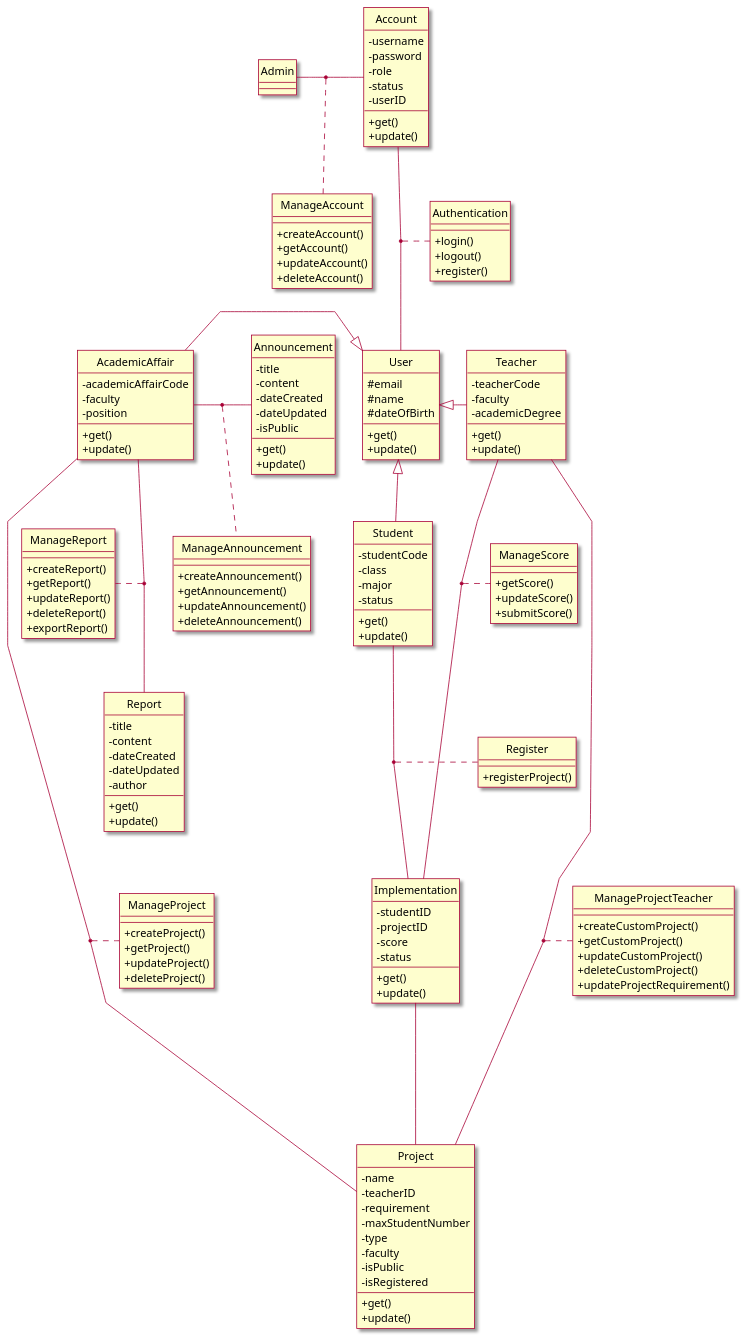
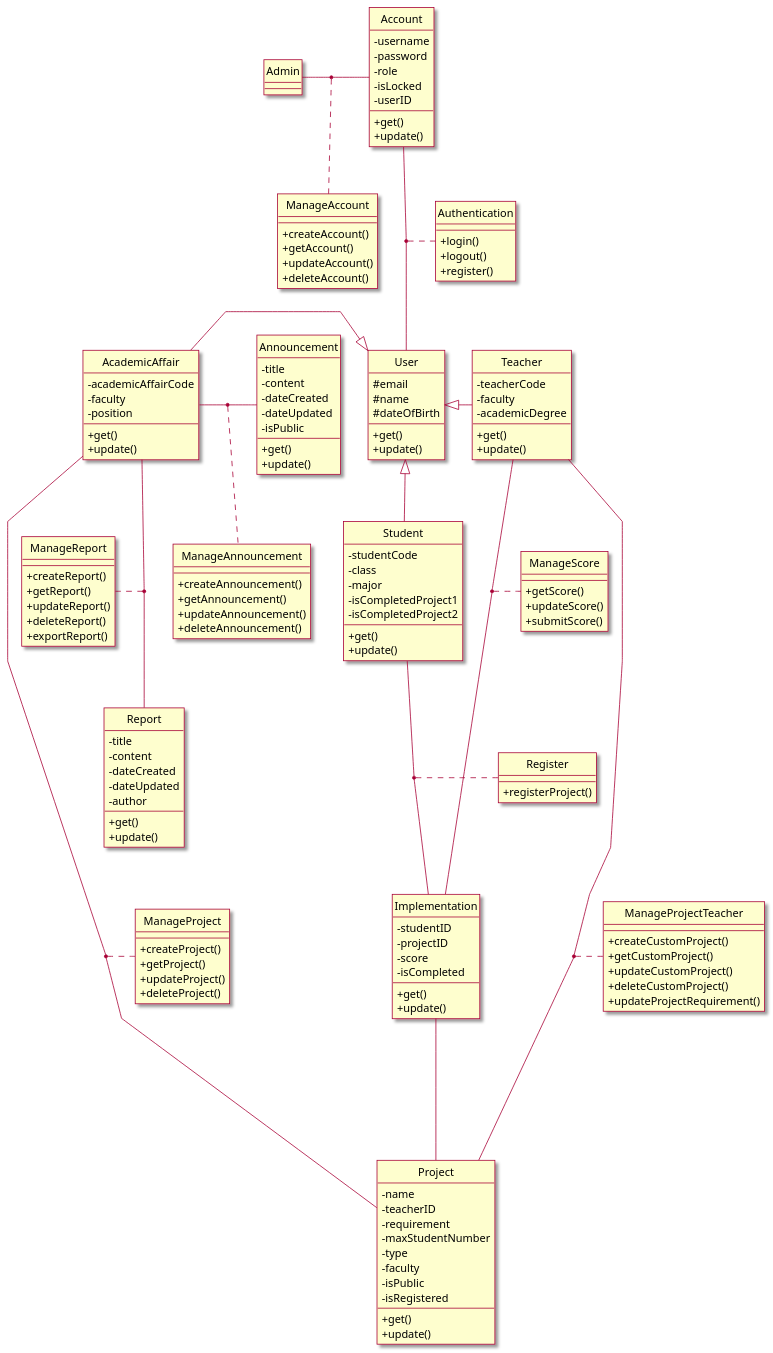
Before and after one commit to Marowota/SE100-plantuml: the diagram in Class Diagram/Class.puml, drawn with PlantUML.

Commit message:
Update class diagram

```diff
--- a/Class Diagram/Class.puml
+++ b/Class Diagram/Class.puml
@@ -1,177 +1,178 @@
 @startuml Class Diagram
 
 skin rose
 skinparam classAttributeIconSize 0
 ' skinparam linetype ortho
 skinparam linetype polyline
 hide circle
 
 class Admin {}
 
 class ManageAccount {
     + createAccount()
     + getAccount()
     + updateAccount()
     + deleteAccount()
 }
 
 class Account {
     - username
     - password
     - role
-    - status
+    - isLocked
     - userID
 
     + get()
     + update()
 }
 
 class User {
     # email
     # name
     # dateOfBirth
 
     + get()
     + update()
 }
 
 class Authentication {
     + login()
     + logout()
     + register()
 }
 
 class AcademicAffair {
     - academicAffairCode
     - faculty
     - position
 
     + get()
     + update()
 }
 
 class Student {
     - studentCode
     - class
     - major
-    - status
+    - isCompletedProject1
+    - isCompletedProject2
 
     + get()
     + update()
 }
 
 class Teacher {
     - teacherCode
     - faculty
     - academicDegree
 
     + get()
     + update()
 }
 
 class Announcement {
     - title
     - content
     - dateCreated
     - dateUpdated
     - isPublic
 
     + get()
     + update()
 }
 
 class Report {
     - title
     - content
     - dateCreated
     - dateUpdated
     - author
 
     + get()
     + update()
 }
 
 class Project {
     - name
     - teacherID
     - requirement
     - maxStudentNumber
     - type
     - faculty
     - isPublic
     - isRegistered
 
     + get()
     + update()
 }
 
 class ManageProject {
     + createProject()
     + getProject()
     + updateProject()
     + deleteProject()
 }
 
 class ManageProjectTeacher {
     + createCustomProject()
     + getCustomProject()
     + updateCustomProject()
     + deleteCustomProject()
     + updateProjectRequirement()
 }
 
 class Implementation {
     - studentID
     - projectID
     - score
-    - status
+    - isCompleted
 
     + get()
     + update()
 }
 
 class Register {
     + registerProject()
 }
 
 class ManageScore {
     + getScore()
     + updateScore()
     + submitScore()
 }
 
 class ManageReport {
     + createReport()
     + getReport()
     + updateReport()
     + deleteReport()
     + exportReport()
 }
 
 class ManageAnnouncement {
     + createAnnouncement()
     + getAnnouncement()
     + updateAnnouncement()
     + deleteAnnouncement()
 }
 
 Account -- User
 (Account, User) .. Authentication
 Student  -up-^ User
 User ^-right- Teacher
 User ^-left- AcademicAffair
 Project -up- Implementation
 Student -down- Implementation
 (Student, Implementation) .. Register
 AcademicAffair -left- Announcement
 AcademicAffair -up- Report
 AcademicAffair ---- Project
 (AcademicAffair, Project) .... ManageProject
 Teacher ---- Project
 (Teacher, Project) .... ManageProjectTeacher
 (Teacher, Implementation) .... ManageScore
 ManageReport .. (AcademicAffair, Report)
 (AcademicAffair, Announcement) .. ManageAnnouncement
 Admin -right- Account
 (Admin, Account) .. ManageAccount
 @enduml
```
